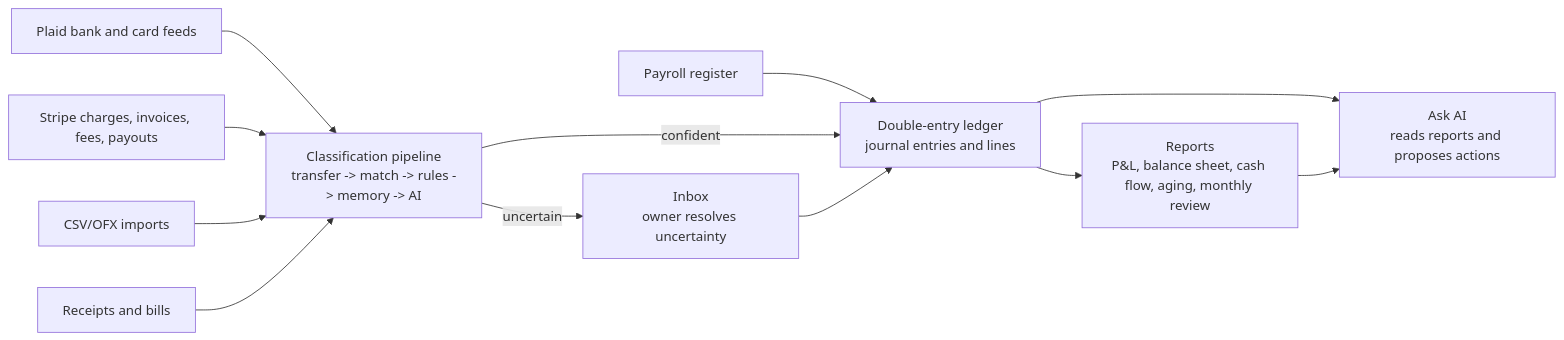
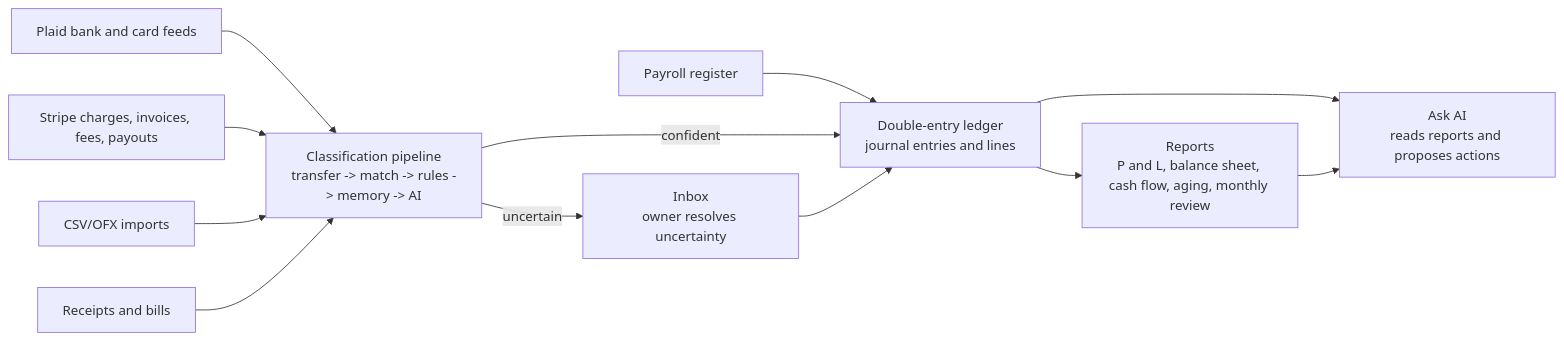
The first of 2 diagrams in flow.md (AnsarUllahAnasZ360/open-accounting), drawn with Mermaid before and after one commit. The commit also changed 3 other files, not shown here.

First line of the commit message:
docs: polish UI audit report, add architecture doc, fix mermaid

````diff
--- a/flow.md
+++ b/flow.md
@@ -8,26 +8,26 @@
 ```mermaid
 flowchart LR
   Bank["Plaid bank and card feeds"]
   Stripe["Stripe charges, invoices, fees, payouts"]
   Import["CSV/OFX imports"]
   Docs["Receipts and bills"]
   Payroll["Payroll register"]
 
   Pipeline["Classification pipeline<br/>transfer -> match -> rules -> memory -> AI"]
   Inbox["Inbox<br/>owner resolves uncertainty"]
   Ledger["Double-entry ledger<br/>journal entries and lines"]
-  Reports["Reports<br/>P&L, balance sheet, cash flow, aging, monthly review"]
+  Reports["Reports<br/>P and L, balance sheet, cash flow, aging, monthly review"]
   AI["Ask AI<br/>reads reports and proposes actions"]
 
   Bank --> Pipeline
   Stripe --> Pipeline
   Import --> Pipeline
   Docs --> Pipeline
   Payroll --> Ledger
   Pipeline -->|confident| Ledger
   Pipeline -->|uncertain| Inbox
   Inbox --> Ledger
   Ledger --> Reports
   Ledger --> AI
   Reports --> AI
 ```
````
